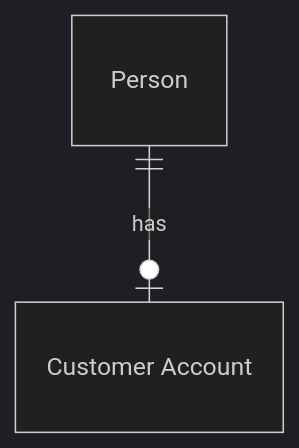
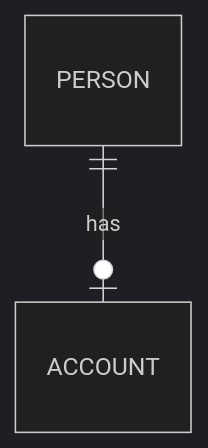
Before and after one commit to zi-ang-liu/jb-database: the sixth of 14 diagrams in database/contents/er_model/er_model.md, drawn with Mermaid (dark theme).

````diff
--- a/database/contents/er_model/er_model.md
+++ b/database/contents/er_model/er_model.md
@@ -189,8 +189,8 @@
 ```{mermaid}
 erDiagram
-    p[Person] {
+    p[PERSON] {
     }
-    a["Customer Account"] {
+    a["ACCOUNT"] {
     }
     p ||--o| a : has
 ```
````
